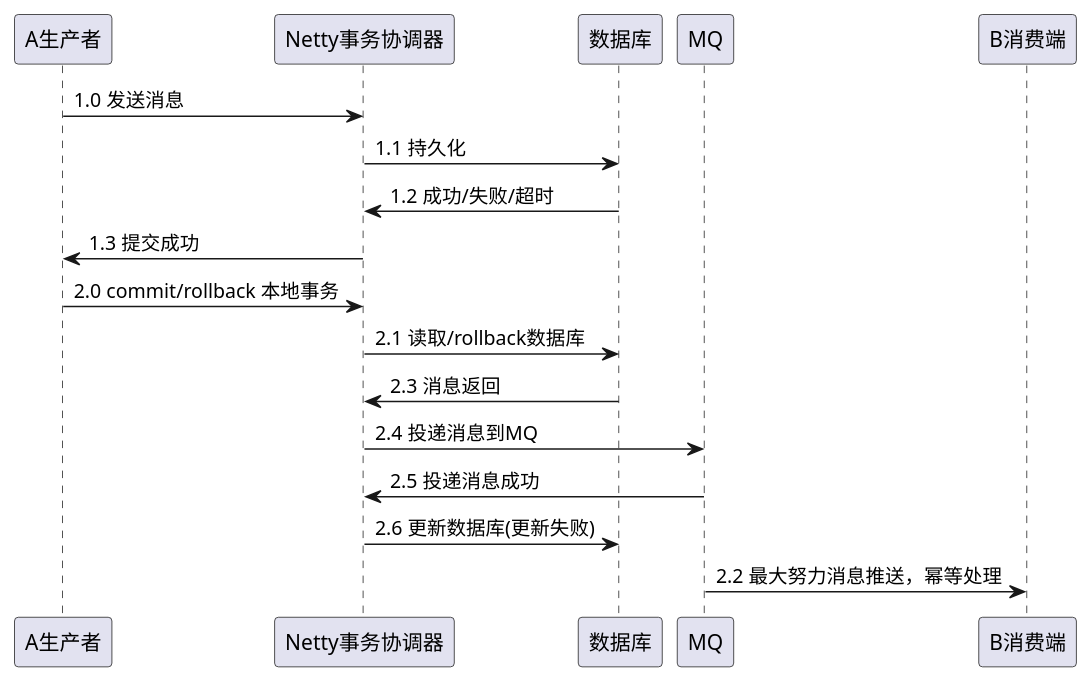
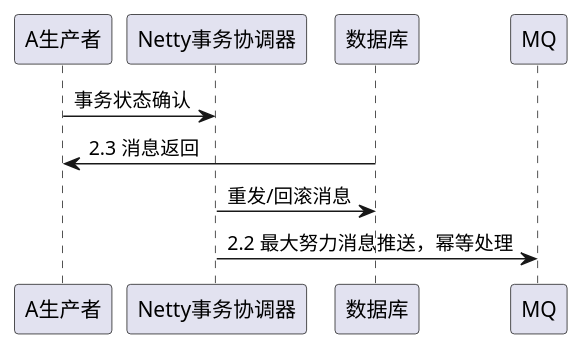
The diagram in ServiceMesher/consistency/MQ-base-frame.puml (xxw1754352621/java-dev), drawn with PlantUML before and after one commit. The commit also changed other lines of this file and 1 other file, not shown here.

```diff
--- a/ServiceMesher/consistency/MQ-base-frame.puml
+++ b/ServiceMesher/consistency/MQ-base-frame.puml
@@ -2,15 +1,8 @@
 @startuml
-A生产者 -> Netty事务协调器: 1.0 发送消息
-Netty事务协调器 ->数据库: 1.1 持久化
+A生产者 -> Netty事务协调器: 事务状态确认
 
-数据库 -> Netty事务协调器: 1.2 成功/失败/超时
-A生产者 <- Netty事务协调器: 1.3 提交成功
+数据库->A生产者:2.3 消息返回
+Netty事务协调器 ->数据库: 重发/回滚消息
 
-A生产者->Netty事务协调器:2.0 commit/rollback 本地事务
-Netty事务协调器 ->数据库:2.1 读取/rollback数据库
-数据库->Netty事务协调器:2.3 消息返回
-Netty事务协调器 ->MQ:2.4 投递消息到MQ
-MQ->Netty事务协调器:2.5 投递消息成功
-Netty事务协调器 ->数据库:2.6 更新数据库(更新失败)
-MQ -> B消费端:2.2 最大努力消息推送，幂等处理
+Netty事务协调器-> MQ:2.2 最大努力消息推送，幂等处理
 @enduml
```
